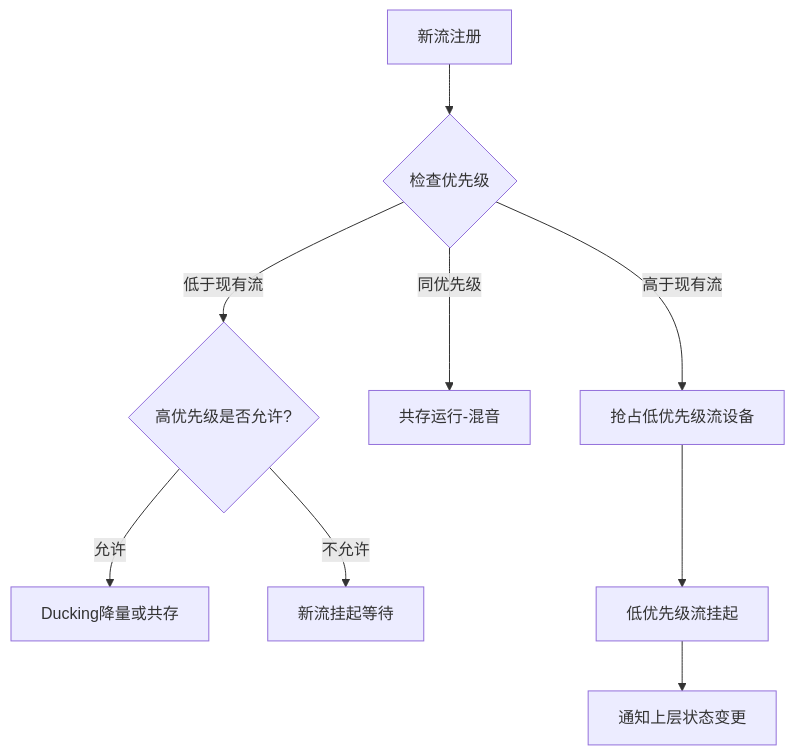
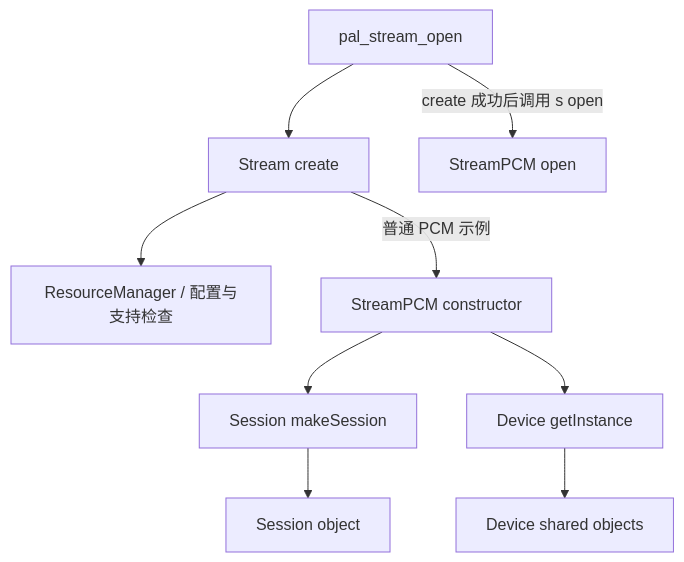
Before and after one commit to yanglinzhen1022/SA8295_AAOS_QNX_Audio_KnowledgeBase: the first of 2 diagrams in 15_PAL_Architecture/15_15.99_附录_Stream-Session-Device映射关系.md, drawn with Mermaid. The commit also changed other lines of this file and 8 other files, not shown here.

````diff
--- a/15_PAL_Architecture/15_15.99_附录_Stream-Session-Device映射关系.md
+++ b/15_PAL_Architecture/15_15.99_附录_Stream-Session-Device映射关系.md
@@ -324,11 +19,18 @@
 ```mermaid
-graph TB
-    NewStream[新流注册] --> CheckPrio{检查优先级}
-    CheckPrio -->|高于现有流| Preempt[抢占低优先级流设备]
-    CheckPrio -->|同优先级| Coexist[共存运行-混音]
-    CheckPrio -->|低于现有流| CheckAllow{高优先级是否允许?}
-    CheckAllow -->|允许| Duck[Ducking降量或共存]
-    CheckAllow -->|不允许| Block[新流挂起等待]
-    Preempt --> Suspend[低优先级流挂起]
-    Suspend --> Notify[通知上层状态变更]
+flowchart TB
+    API[pal_stream_open]
+    SF[Stream create]
+    RM[ResourceManager / 配置与支持检查]
+    PCM[StreamPCM constructor]
+    JF[Session makeSession]
+    DF[Device getInstance]
+    S[Session object]
+    D[Device shared objects]
+    OP[StreamPCM open]
+    API --> SF
+    SF --> RM
+    SF -->|普通 PCM 示例| PCM
+    PCM --> JF --> S
+    PCM --> DF --> D
+    API -->|create 成功后调用 s open| OP
 ```
````
